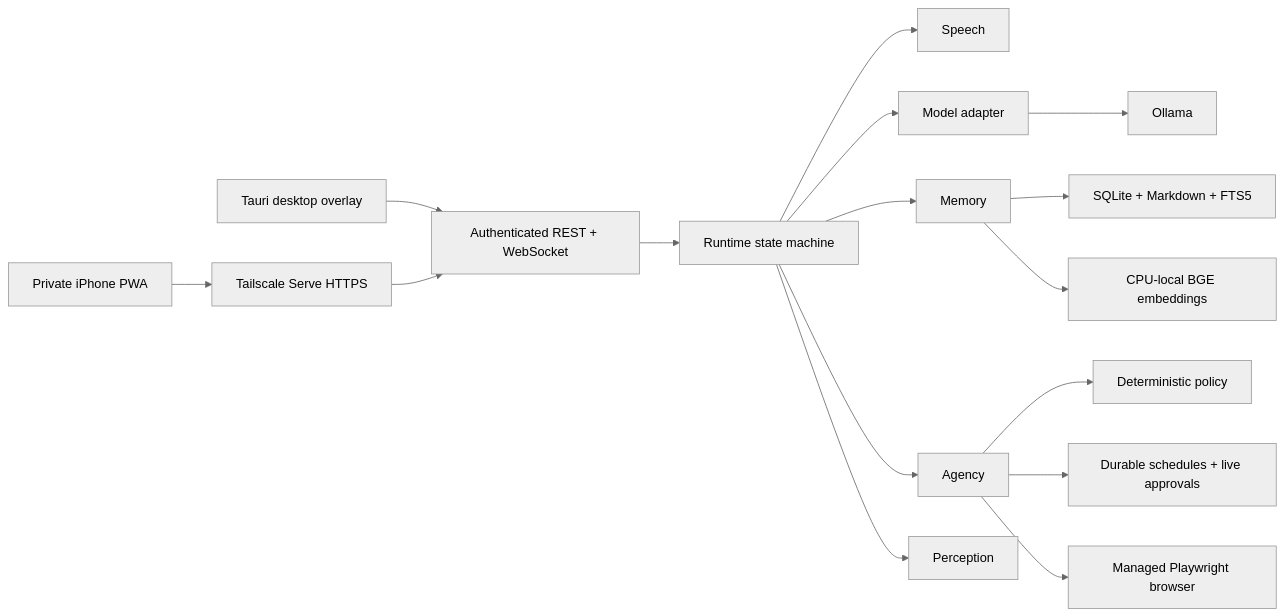
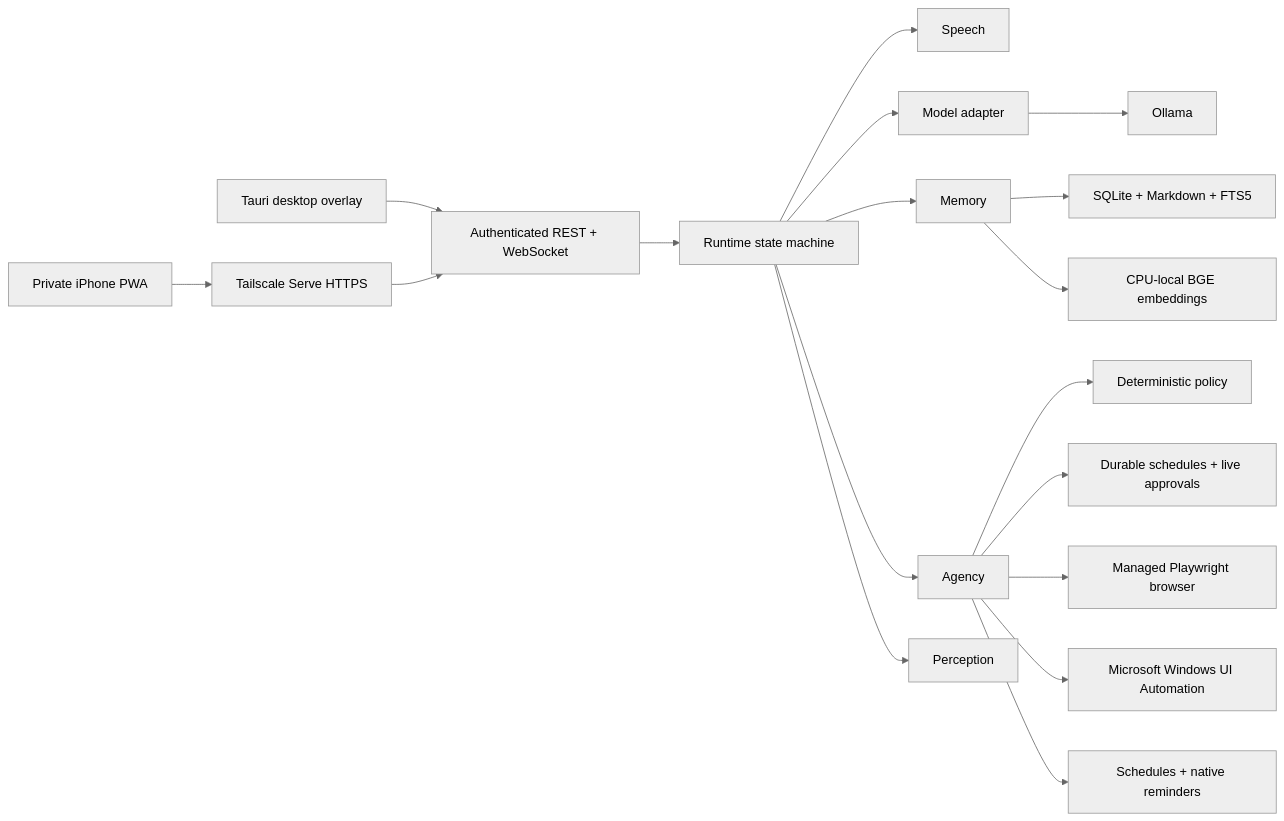
Before and after one commit to YuvrajKashyap/jarvis: the diagram in ARCHITECTURE.md, drawn with Mermaid (neutral theme). The commit also changed other lines of this file and 64 other files, not shown here.

````diff
--- a/ARCHITECTURE.md
+++ b/ARCHITECTURE.md
@@ -5,18 +5,20 @@
 ```mermaid
 flowchart LR
   Desktop["Tauri desktop overlay"] --> Protocol["Authenticated REST + WebSocket"]
   Phone["Private iPhone PWA"] --> Tailnet["Tailscale Serve HTTPS"]
   Tailnet --> Protocol
   Protocol --> Runtime["Runtime state machine"]
   Runtime --> Speech["Speech"]
   Runtime --> Intelligence["Model adapter"]
   Runtime --> Memory["Memory"]
   Runtime --> Agency["Agency"]
   Runtime --> Perception["Perception"]
   Agency --> Policy["Deterministic policy"]
   Agency --> Scheduler["Durable schedules + live approvals"]
   Agency --> Browser["Managed Playwright browser"]
+  Agency --> UIA["Microsoft Windows UI Automation"]
+  Agency --> Notify["Schedules + native reminders"]
   Intelligence --> Ollama["Ollama"]
   Memory --> SQLite["SQLite + Markdown + FTS5"]
   Memory --> Embeddings["CPU-local BGE embeddings"]
 ```
````
